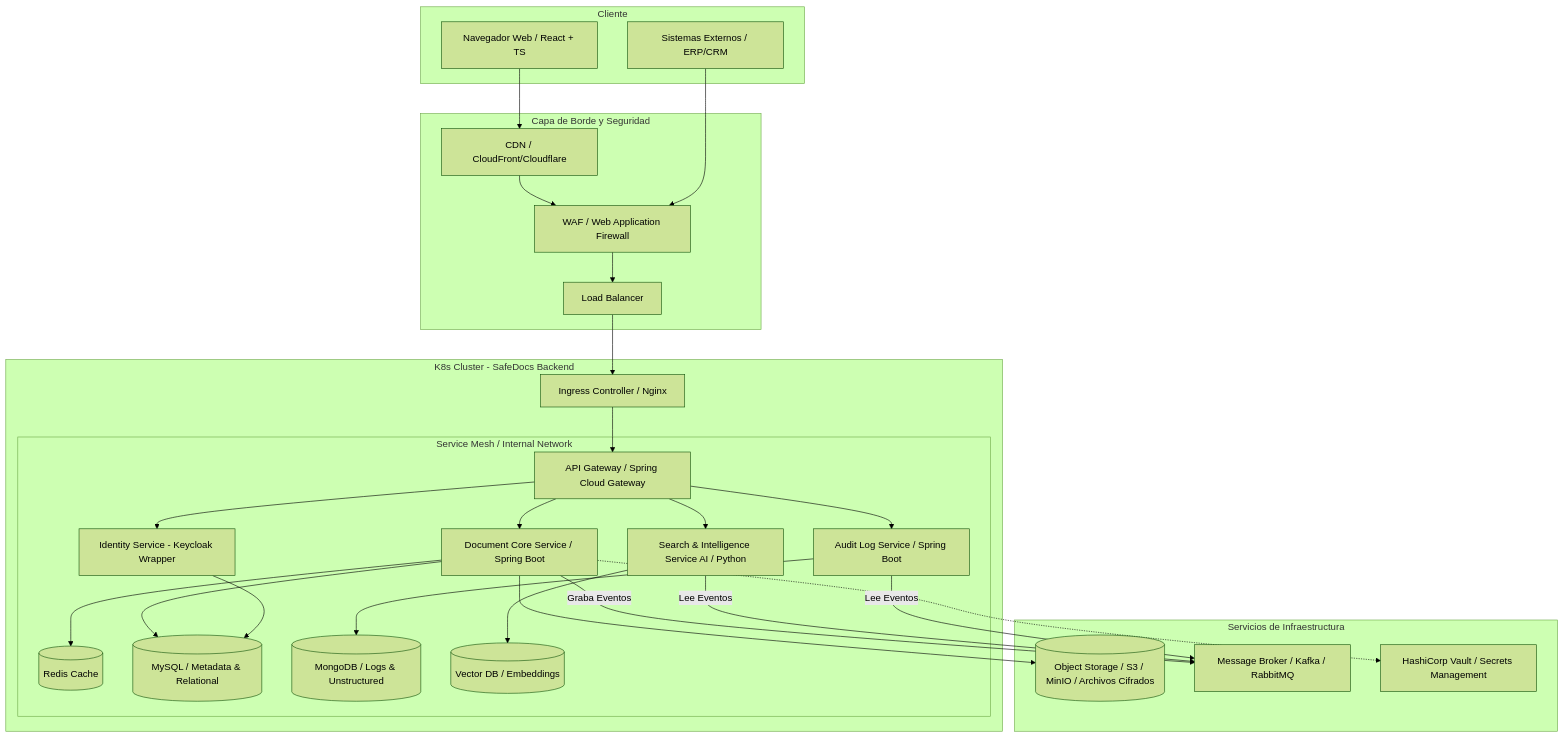
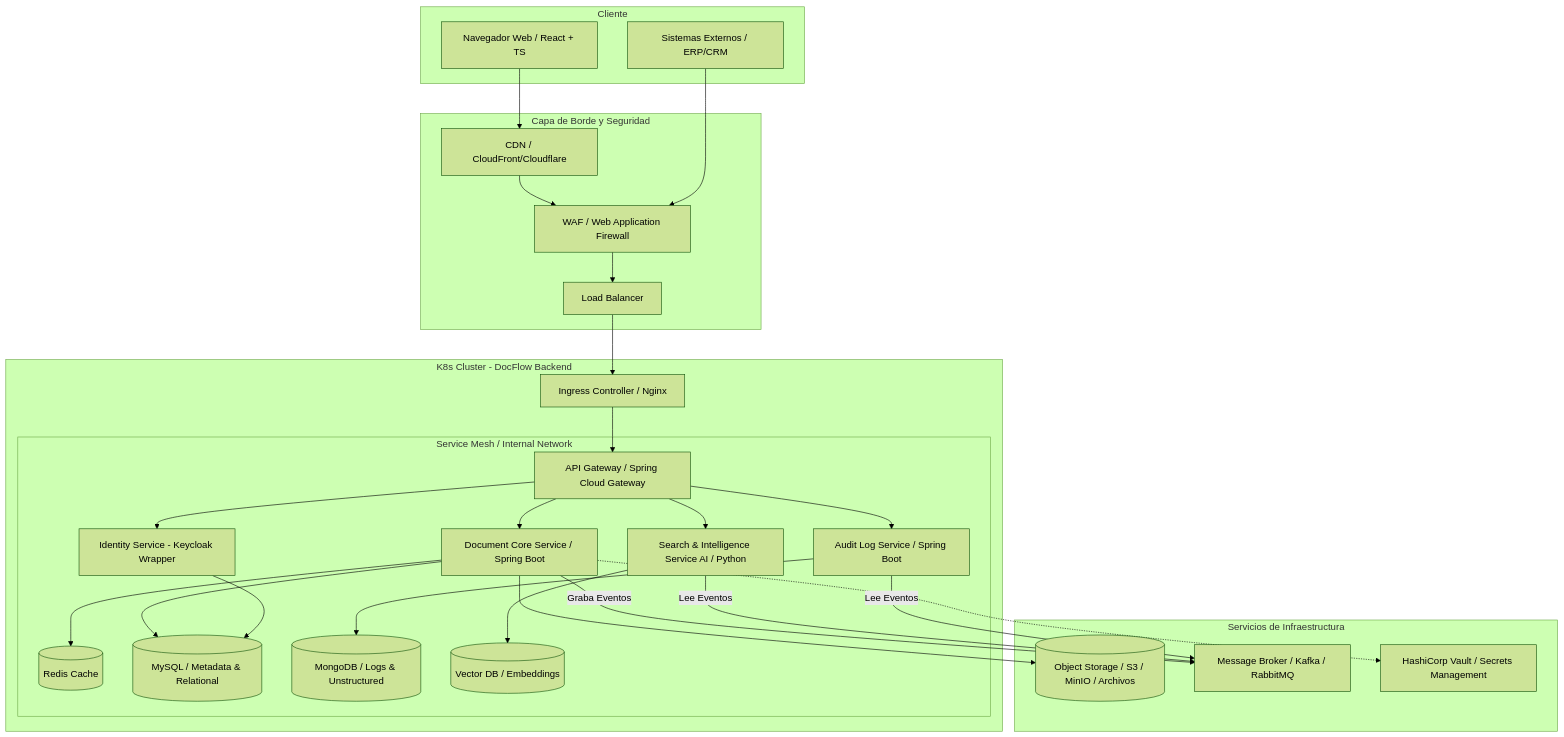
The first of 4 diagrams in README.md (EDGUR-DEVELOPER/AI4Devs-finalproject-EGR), drawn with Mermaid (forest theme) before and after one commit. The commit also changed other lines of this file and 1 other file, not shown here.

Commit message:
Actualizar README.md y prompts.md: renombrar el proyecto a DocFlow y ajustar descripciones y categorías de prompts

````diff
--- a/README.md
+++ b/README.md
@@ -68,69 +63,69 @@
 ```mermaid
 graph TD
     subgraph Client_Side [Cliente]
         Browser[Navegador Web / React + TS]
         ExternalSys[Sistemas Externos / ERP/CRM]
     end
 
     subgraph Edge_Layer [Capa de Borde y Seguridad]
         CDN[CDN / CloudFront/Cloudflare]
         WAF[WAF / Web Application Firewall]
         LB[Load Balancer]
     end
 
-    subgraph Kubernetes_Cluster [K8s Cluster - SafeDocs Backend]
+    subgraph Kubernetes_Cluster [K8s Cluster - DocFlow Backend]
         Ingress[Ingress Controller / Nginx]
         
         subgraph Service_Mesh [Service Mesh / Internal Network]
             APIG[API Gateway / Spring Cloud Gateway]
             
             %% Microservicios Core
             IAM[Identity Service - Keycloak Wrapper]
             DocCore[Document Core Service / Spring Boot]
             SearchAI[Search & Intelligence Service AI / Python]
             Audit[Audit Log Service / Spring Boot]
             
             %% Persistencia y Caché
             Redis[(Redis Cache)]
             SQL[(MySQL / Metadata & Relational)]
             NoSQL[(MongoDB / Logs & Unstructured)]
             VectorDB[(Vector DB / Embeddings)]
         end
     end
 
     subgraph Infrastructure_Services [Servicios de Infraestructura]
-        S3[(Object Storage / S3 / MinIO / Archivos Cifrados)]
+        S3[(Object Storage / S3 / MinIO / Archivos)]
         Kafka[Message Broker / Kafka / RabbitMQ]
         Vault[HashiCorp Vault / Secrets Management]
     end
 
     %% Conexiones
     Browser --> CDN
     CDN --> WAF
     ExternalSys --> WAF
     WAF --> LB
     LB --> Ingress
     Ingress --> APIG
     
     APIG --> IAM
     APIG --> DocCore
     APIG --> SearchAI
     APIG --> Audit
 
     %% Interacciones Internas
     DocCore -- Graba Eventos --> Kafka
     SearchAI -- Lee Eventos --> Kafka
     Audit -- Lee Eventos --> Kafka
 
     DocCore --> SQL
     DocCore --> S3
     DocCore --> Redis
     
     SearchAI --> VectorDB
     Audit --> NoSQL
     
     IAM --> SQL
     
     %% Gestión de Secretos
     DocCore -.-> Vault
 ```
````
